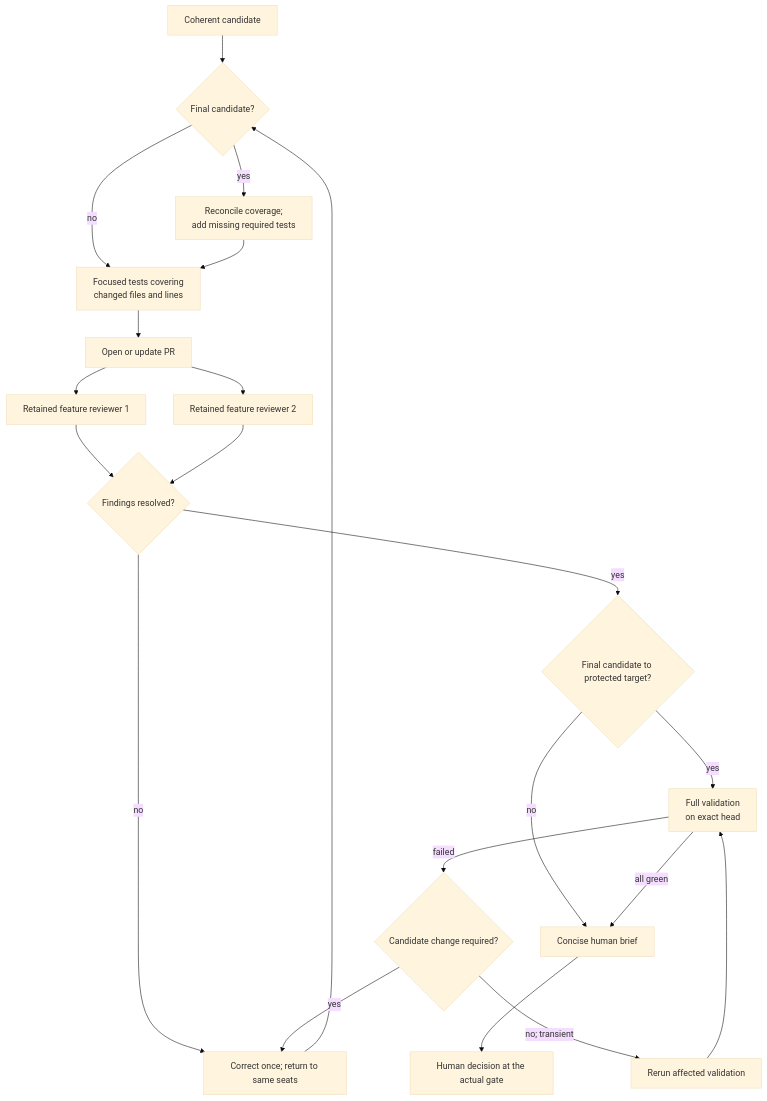
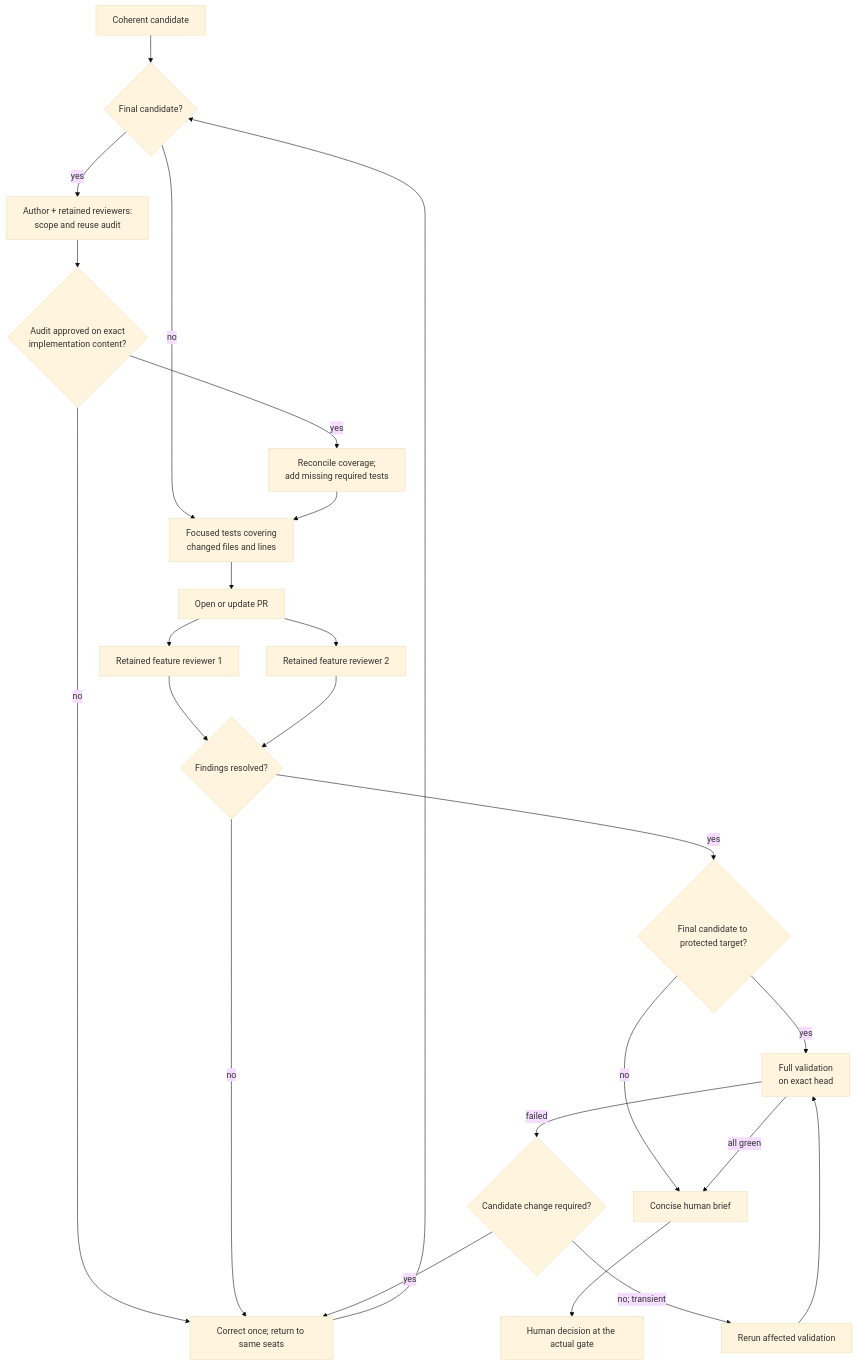
Diagram 11 of 14 in README.md (hhhhhusky777/spec-driven-delivery-playbook), drawn with Mermaid (base theme) before and after one commit. The commit also changed other lines of this file and 7 other files, not shown here.

Commit message:
docs: add pre-final-test scope and reuse audit

````diff
--- a/README.md
+++ b/README.md
@@ -505,23 +505,26 @@
 ```mermaid
 flowchart TD
     C["Coherent candidate"] --> E{"Final candidate?"}
-    E -->|"yes"| A["Reconcile coverage;<br/>add missing required tests"]
+    E -->|"yes"| S["Author + retained reviewers:<br/>scope and reuse audit"]
+    S --> U{"Audit approved on exact<br/>implementation content?"}
+    U -->|"no"| X
+    U -->|"yes"| A["Reconcile coverage;<br/>add missing required tests"]
     E -->|"no"| F["Focused tests covering<br/>changed files and lines"]
     A --> F
     F --> P["Open or update PR"]
     P --> R1["Retained feature reviewer 1"]
     P --> R2["Retained feature reviewer 2"]
     R1 --> J{"Findings resolved?"}
     R2 --> J
     J -->|"no"| X["Correct once; return to same seats"]
     X --> E
     J -->|"yes"| G{"Final candidate to protected target?"}
     G -->|"no"| B["Task PR human brief"]
     G -->|"yes"| V["Full validation<br/>on exact head"]
     V -->|"failed"| D{"Candidate change required?"}
     D -->|"yes"| X
     D -->|"no; transient"| Q["Rerun affected validation"]
     Q --> V
     V -->|"all green"| B["Concise human brief"]
     B --> H["Human decision at the actual gate"]
 ```
````
